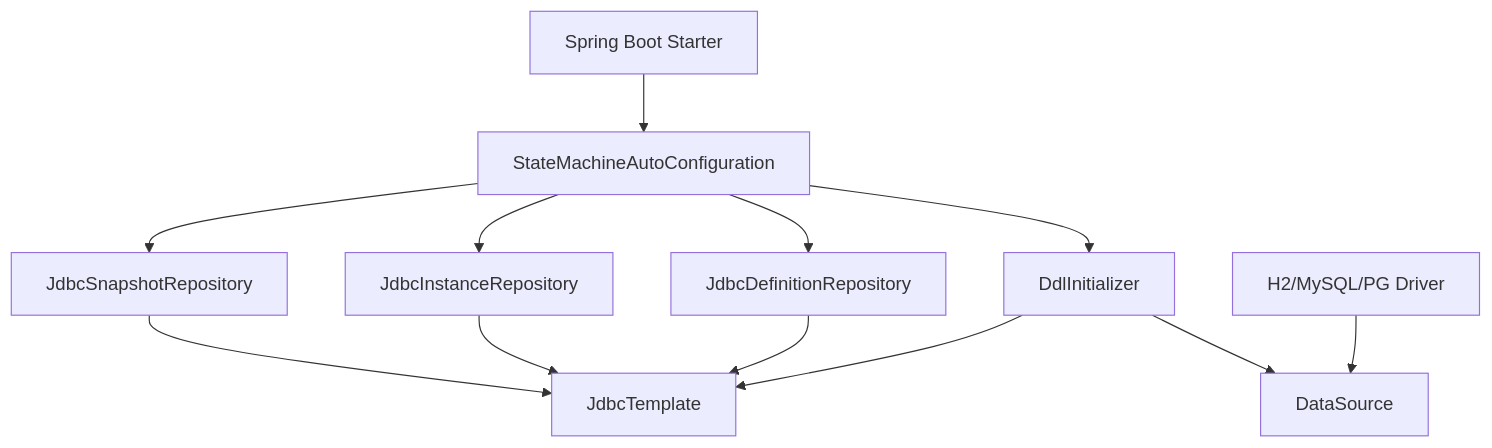
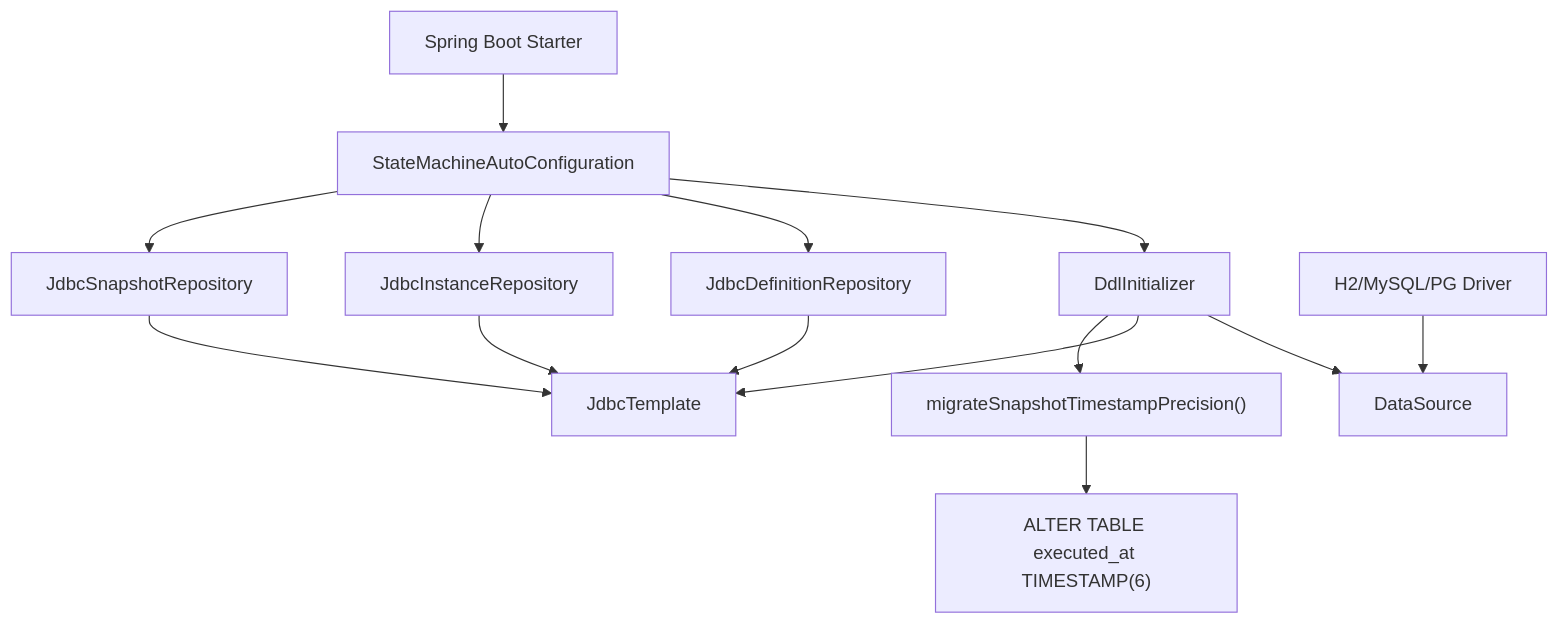
Before and after one commit to xiaoche80s-tech/state-machine-parent: the fifth of 5 diagrams in .qoder/repowiki/zh/content/持久化层/多数据库支持.md, drawn with Mermaid. The commit also changed other lines of this file and 17 other files, not shown here.

````diff
--- a/.qoder/repowiki/zh/content/持久化层/多数据库支持.md
+++ b/.qoder/repowiki/zh/content/持久化层/多数据库支持.md
@@ -261,14 +283,16 @@
 ```mermaid
 graph TB
 A["DdlInitializer"] --> B["DataSource"]
 A --> C["JdbcTemplate"]
-D["JdbcDefinitionRepository"] --> C
-E["JdbcInstanceRepository"] --> C
-F["JdbcSnapshotRepository"] --> C
-G["StateMachineAutoConfiguration"] --> A
-G --> D
-G --> E
-G --> F
-H["Spring Boot Starter"] --> G
-I["H2/MySQL/PG Driver"] --> B
+A --> D["migrateSnapshotTimestampPrecision()"]
+D --> E["ALTER TABLE executed_at TIMESTAMP(6)"]
+F["JdbcDefinitionRepository"] --> C
+G["JdbcInstanceRepository"] --> C
+H["JdbcSnapshotRepository"] --> C
+I["StateMachineAutoConfiguration"] --> A
+I --> F
+I --> G
+I --> H
+J["Spring Boot Starter"] --> I
+K["H2/MySQL/PG Driver"] --> B
 ```
````
